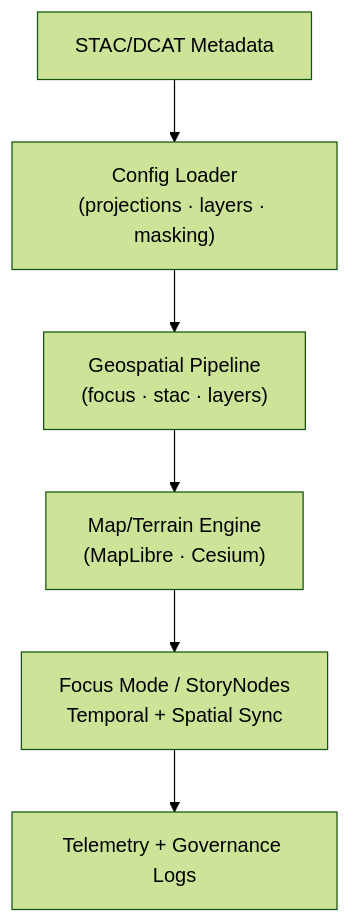
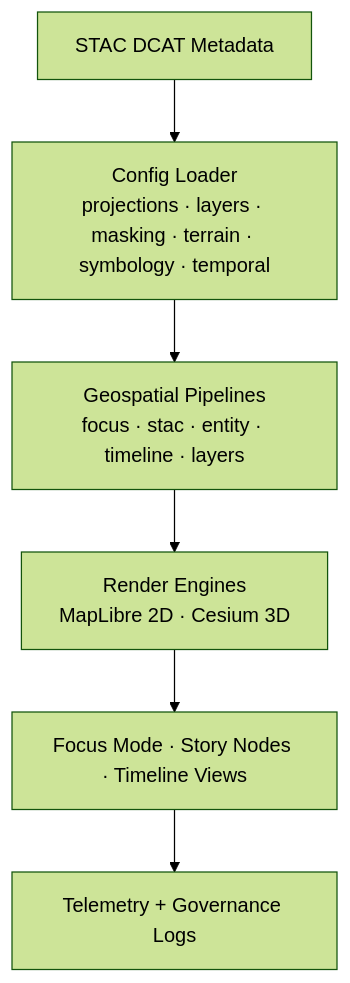
The first of 7 diagrams in web/src/pipelines/geospatial/configs/README.md (bartytime4life/Kansas-Frontier-Matrix), drawn with Mermaid (forest theme) before and after one commit. The commit also changed other lines of this file, not shown here.

First line of the commit message:
Revise README for geospatial pipeline configurations

````diff
--- a/web/src/pipelines/geospatial/configs/README.md
+++ b/web/src/pipelines/geospatial/configs/README.md
@@ -72,8 +73,8 @@
-~~~~~mermaid
+```mermaid
 flowchart TD
-  A["STAC/DCAT Metadata"] --> B["Config Loader<br/>(projections · layers · masking)"]
-  B --> C["Geospatial Pipeline<br/>(focus · stac · layers)"]
-  C --> D["Map/Terrain Engine<br/>(MapLibre · Cesium)"]
-  D --> E["Focus Mode / StoryNodes<br/>Temporal + Spatial Sync"]
-  E --> F["Telemetry + Governance Logs"]
-~~~~~
+    A[STAC DCAT Metadata] --> B[Config Loader<br/>projections · layers · masking · terrain · symbology · temporal]
+    B --> C[Geospatial Pipelines<br/>focus · stac · entity · timeline · layers]
+    C --> D[Render Engines<br/>MapLibre 2D · Cesium 3D]
+    D --> E[Focus Mode · Story Nodes · Timeline Views]
+    E --> F[Telemetry + Governance Logs]
+```
````
